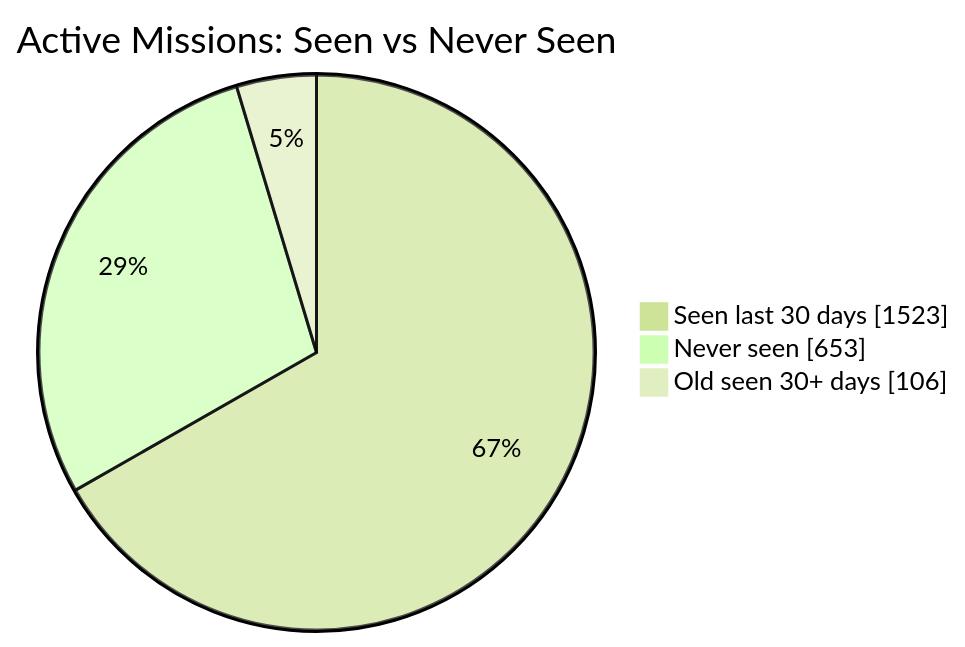
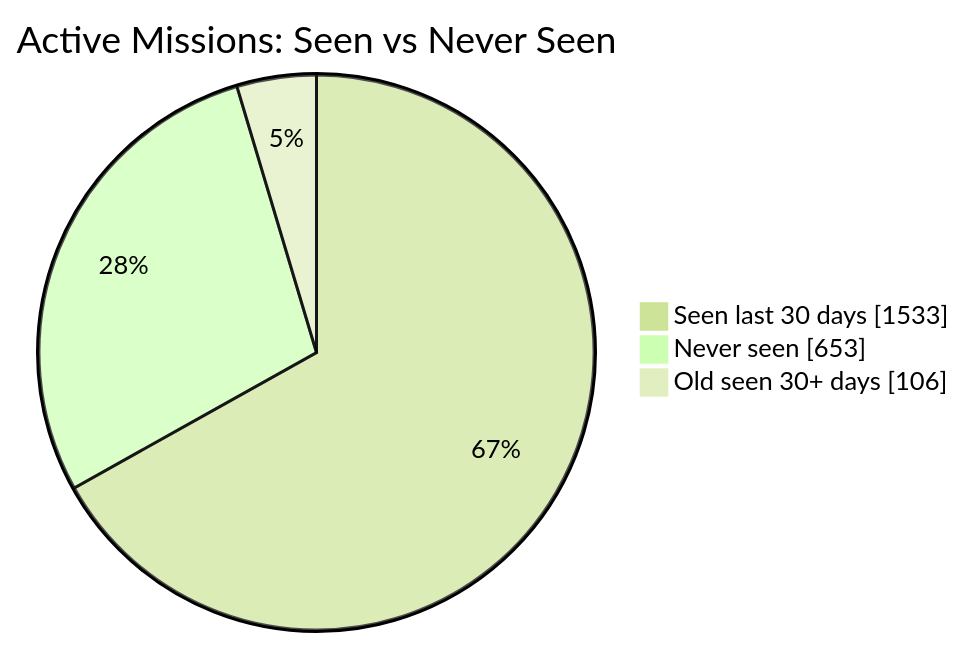
The first of 2 diagrams in README.md (MeldkamerspelGameTeam/active-missions), drawn with Mermaid (forest theme) before and after one commit. The commit also changed other lines of this file and 4 other files, not shown here.

````diff
--- a/README.md
+++ b/README.md
@@ -34,7 +34,7 @@
 ```mermaid
 pie showData
     title Active Missions: Seen vs Never Seen
-    "Seen last 30 days" : 1523
+    "Seen last 30 days" : 1533
     "Never seen" : 653
     "Old seen 30+ days" : 106
 ```
````
